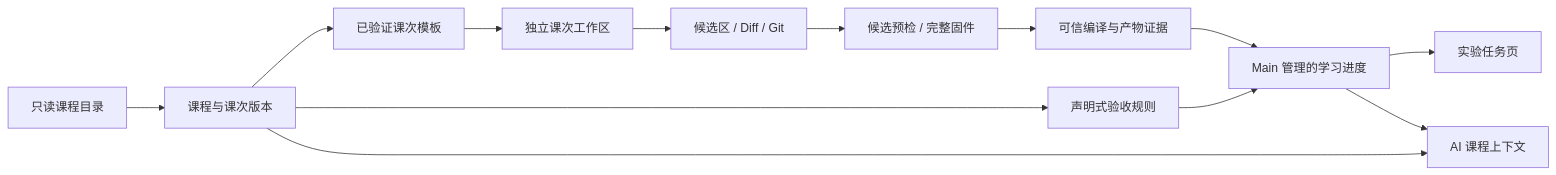
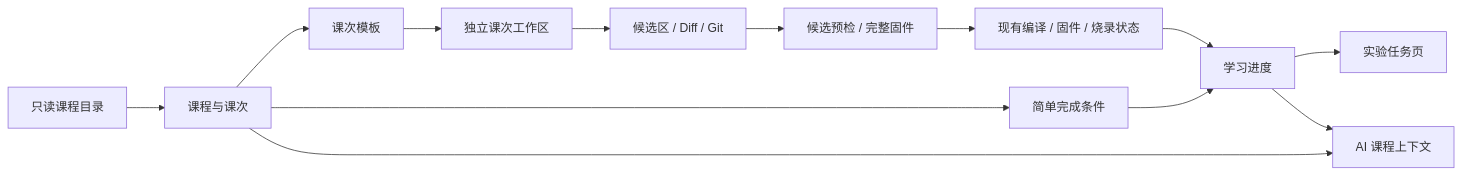
The diagram in docs/mcu-course-framework-implementation-plan.md (PanGucheng/robotdog-studio), drawn with Mermaid before and after one commit. The commit also changed other lines of this file, not shown here.

Commit message:
docs: simplify MCU course framework plan

````diff
--- a/docs/mcu-course-framework-implementation-plan.md
+++ b/docs/mcu-course-framework-implementation-plan.md
@@ -73,15 +94,15 @@
 ```mermaid
 flowchart LR
-  Catalog["只读课程目录"] --> Course["课程与课次版本"]
-  Course --> Template["已验证课次模板"]
-  Course --> Rules["声明式验收规则"]
+  Catalog["只读课程目录"] --> Course["课程与课次"]
+  Course --> Template["课次模板"]
+  Course --> Rules["简单完成条件"]
   Course --> Context["AI 课程上下文"]
   Template --> Workspace["独立课次工作区"]
-  Rules --> Progress["Main 管理的学习进度"]
+  Rules --> Progress["学习进度"]
   Workspace --> Candidate["候选区 / Diff / Git"]
   Candidate --> Build["候选预检 / 完整固件"]
-  Build --> Evidence["可信编译与产物证据"]
-  Evidence --> Progress
+  Build --> State["现有编译 / 固件 / 烧录状态"]
+  State --> Progress
   Progress --> TaskPage["实验任务页"]
   Progress --> Context
 ```
````
